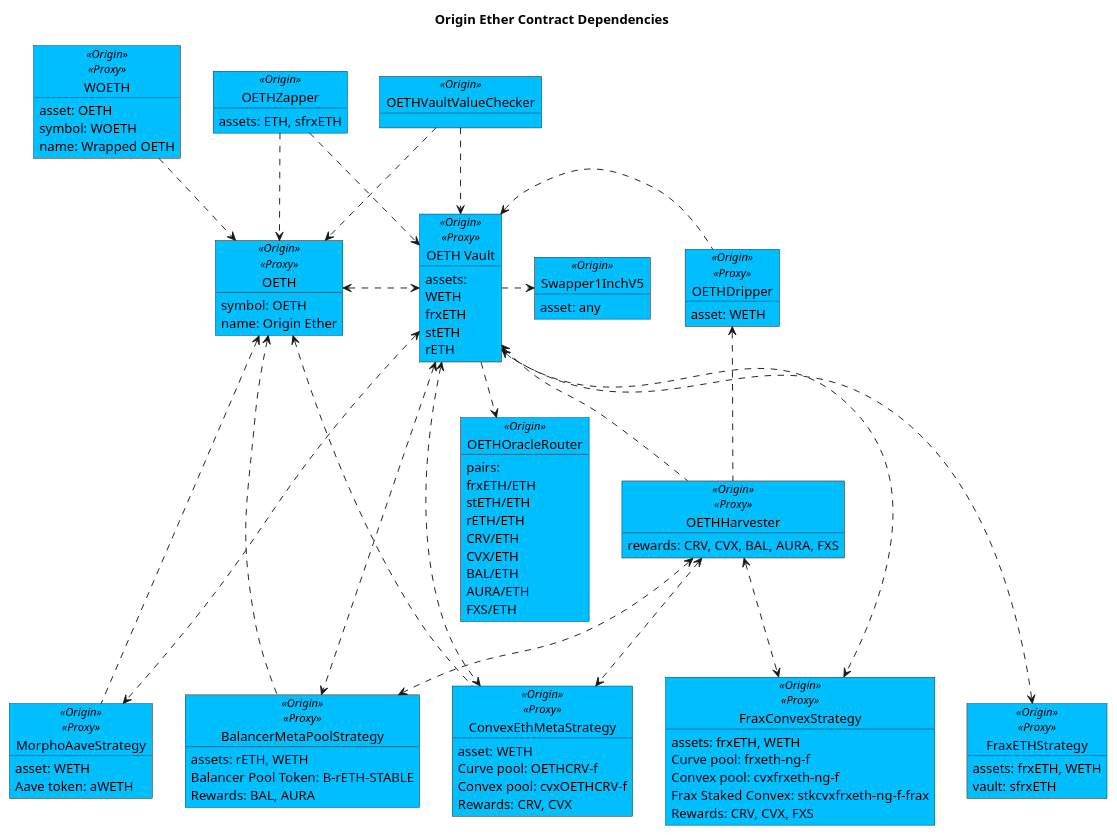
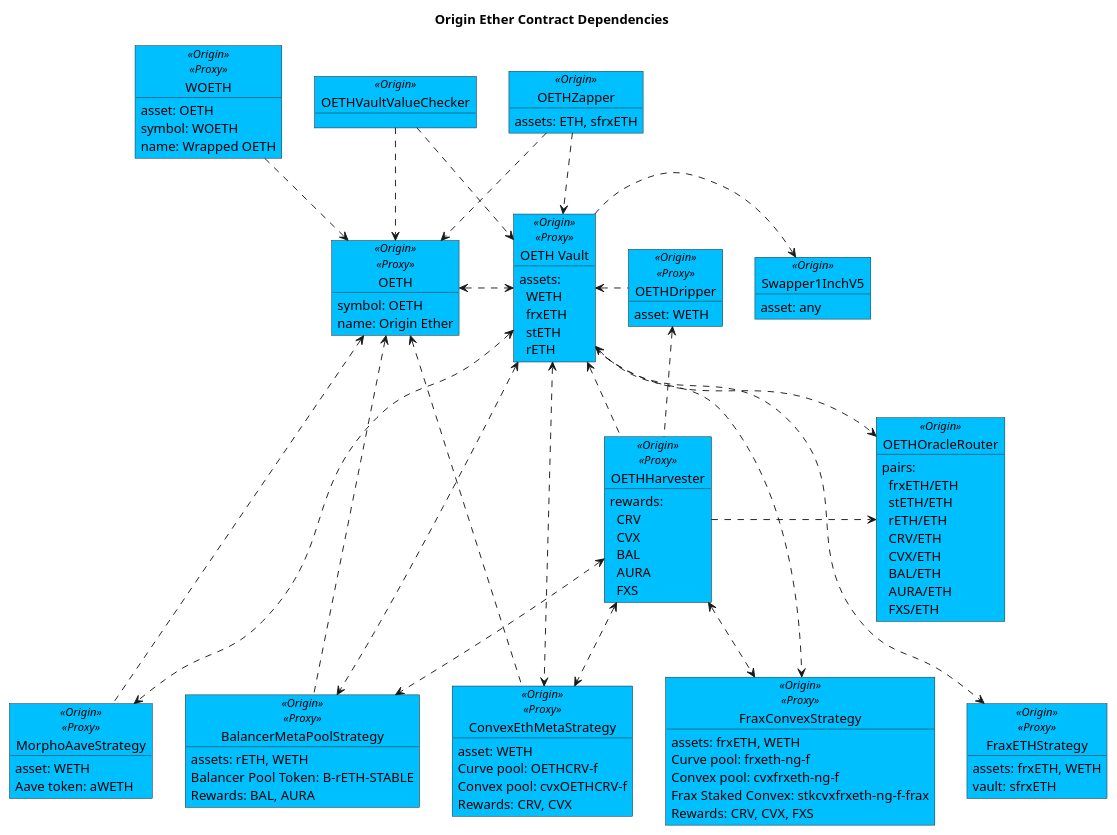
Before and after one commit to OriginProtocol/origin-dollar: the diagram in contracts/docs/plantuml/oethContracts.puml, drawn with PlantUML. The commit also changed 19 other files, not shown here.

```diff
--- a/contracts/docs/plantuml/oethContracts.puml
+++ b/contracts/docs/plantuml/oethContracts.puml
@@ -1,6 +1,8 @@
 @startuml
 
 title "Origin Ether Contract Dependencies"
+
+skinparam tabSize 2
 
 object "OETHZapper" as zap <<Origin>> #DeepSkyBlue {
     assets: ETH, sfrxETH
@@ -26,10 +28,10 @@
 
 object "OETH Vault" as oethv <<Origin>><<Proxy>> #DeepSkyBlue {
 assets:
-  WETH
-  frxETH
-  stETH
-  rETH
+\tWETH
+\tfrxETH
+\tstETH
+\trETH
 }
 
 object "Swapper1InchV5" as swap <<Origin>> #DeepSkyBlue {
@@ -37,7 +39,12 @@
 }
 
 object "OETHHarvester" as harv <<Origin>><<Proxy>> #DeepSkyBlue {
-    rewards: CRV, CVX, BAL, AURA, FXS
+rewards:
+\tCRV
+\tCVX
+\tBAL
+\tAURA
+\tFXS
 }
 
 ' Strategies
@@ -77,14 +84,14 @@
 ' Oracle
 object "OETHOracleRouter" as oracle <<Origin>> #DeepSkyBlue {
 pairs:
-    frxETH/ETH
-    stETH/ETH
-    rETH/ETH
-    CRV/ETH
-    CVX/ETH
-    BAL/ETH
-    AURA/ETH
-    FXS/ETH
+\tfrxETH/ETH
+\tstETH/ETH
+\trETH/ETH
+\tCRV/ETH
+\tCVX/ETH
+\tBAL/ETH
+\tAURA/ETH
+\tFXS/ETH
 }
 
 ' object "EACAggregatorProxy" as chain <<Chainlink>> {
@@ -193,6 +200,8 @@
 oeth <.> oethv
 oethv ..> oracle
 oethv .> swap
+' oracle <. harv
+harv .> oracle 
 ' oracle ...> chain
 
 
```
